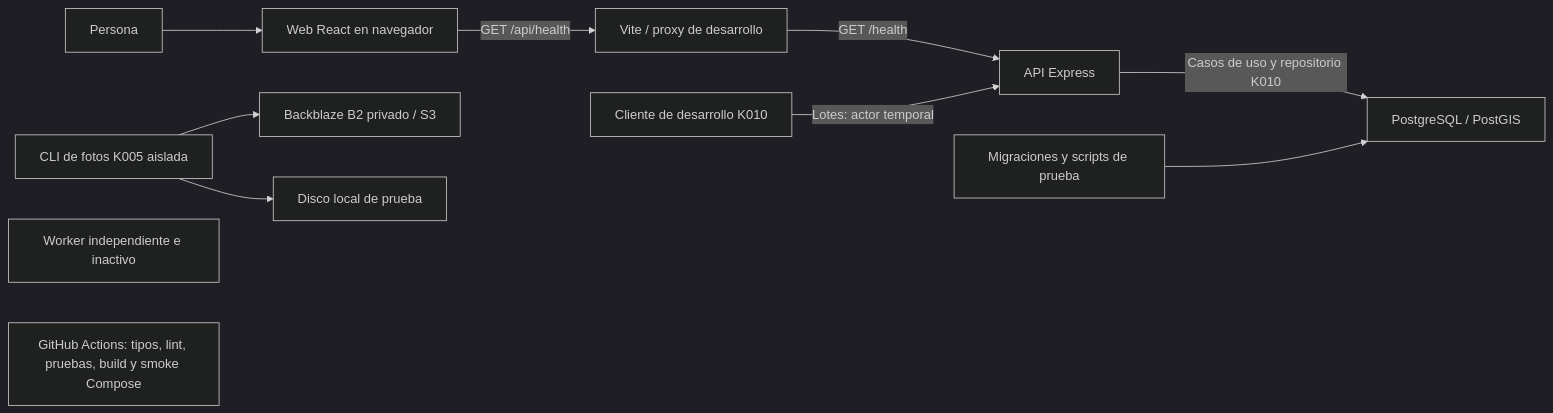
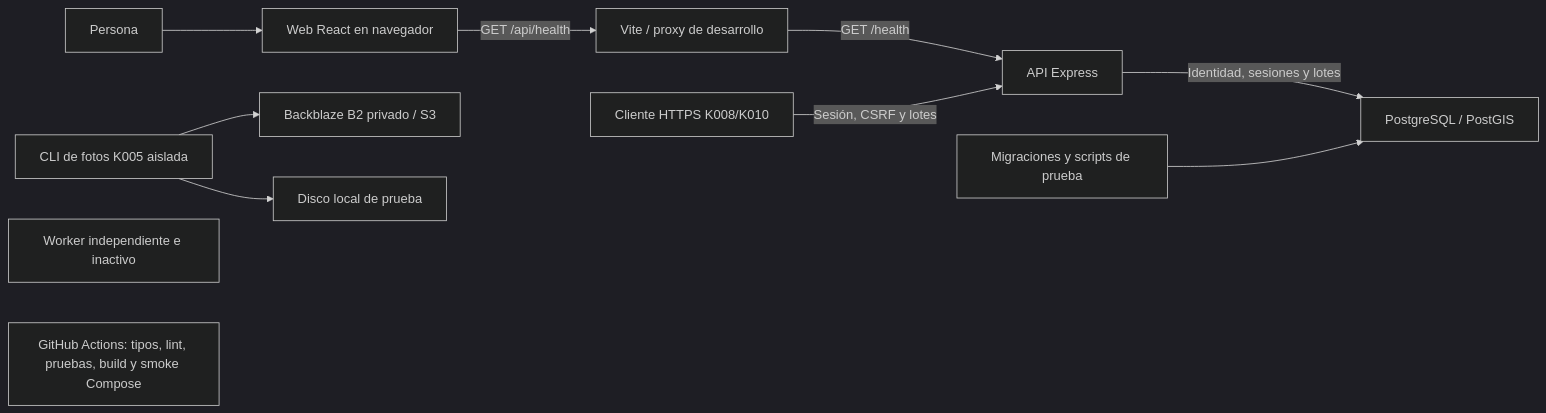
Before and after one commit to ClemoAcevedo/rescate: the first of 2 diagrams in docs/arquitectura/arquitectura.md, drawn with Mermaid (dark theme). The commit also changed other lines of this file and 53 other files, not shown here.

````diff
--- a/docs/arquitectura/arquitectura.md
+++ b/docs/arquitectura/arquitectura.md
@@ -55,13 +55,13 @@
 ```mermaid
 flowchart LR
   persona["Persona"] --> web["Web React en navegador"]
   web -->|GET /api/health| vite["Vite / proxy de desarrollo"]
   vite -->|GET /health| api["API Express"]
-  cliente["Cliente de desarrollo K010"] -->|Lotes: actor temporal| api
-  api -->|Casos de uso y repositorio K010| db
+  cliente["Cliente HTTPS K008/K010"] -->|Sesión, CSRF y lotes| api
+  api -->|Identidad, sesiones y lotes| db
   migraciones["Migraciones y scripts de prueba"] --> db["PostgreSQL / PostGIS"]
   fotos["CLI de fotos K005 aislada"] --> b2["Backblaze B2 privado / S3"]
   fotos --> disco["Disco local de prueba"]
   worker["Worker independiente e inactivo"]
   ci["GitHub Actions: tipos, lint, pruebas, build y smoke Compose"]
 ```
````
